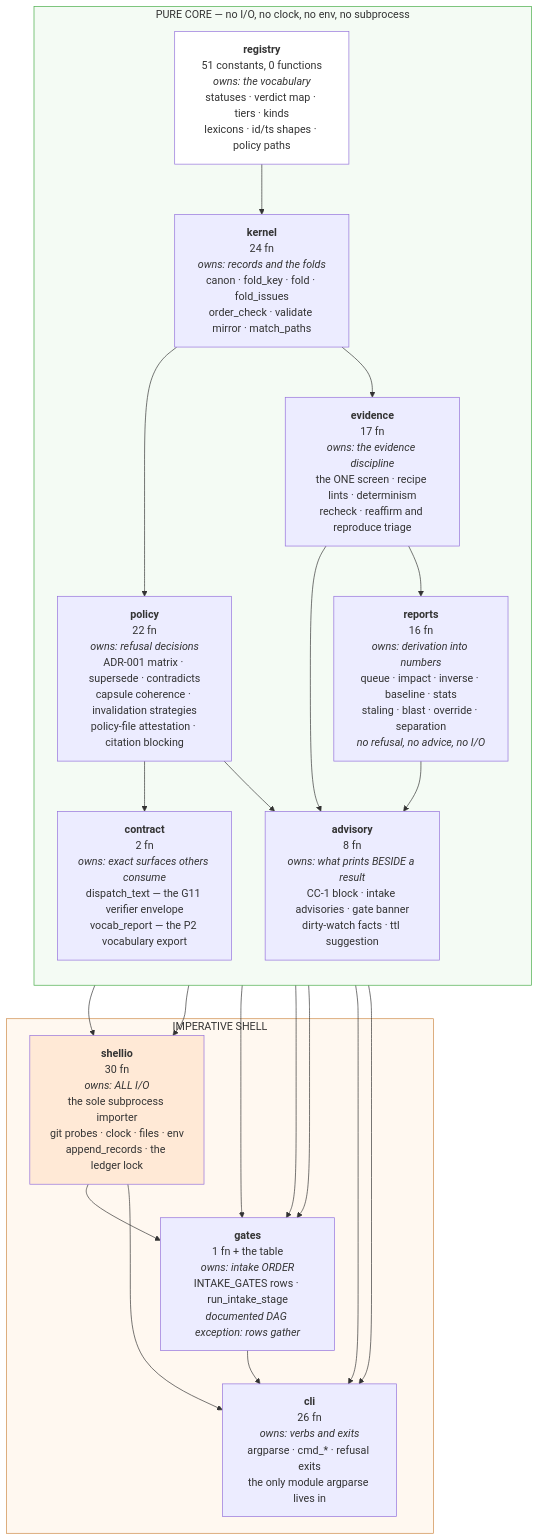
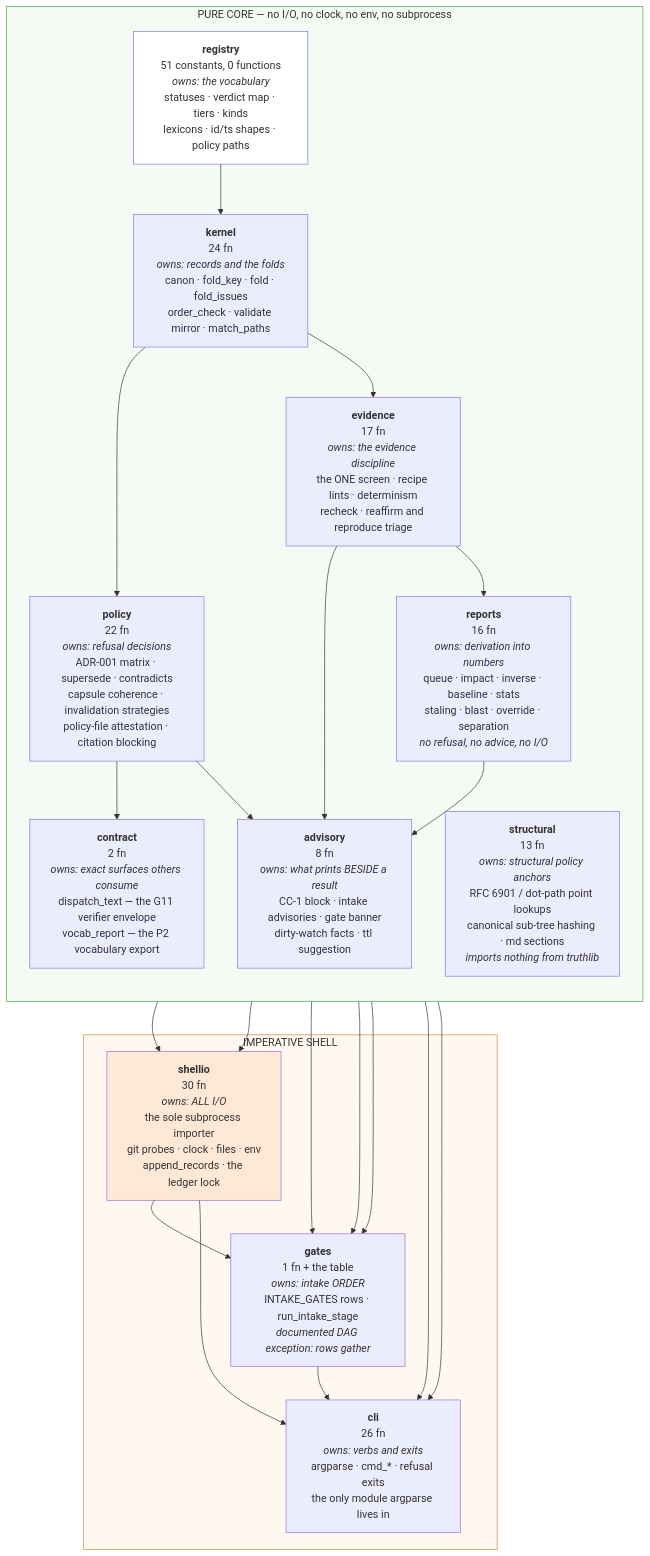
One commit to m1981/truth-ledger changed the first of 3 diagrams in template/docs/structure.md. Above: the diagram before and after it, drawn with Mermaid. The commit also changed 8 other files, not shown here.

````diff
--- a/template/docs/structure.md
+++ b/template/docs/structure.md
@@ -42,43 +42,44 @@
 ```mermaid
 flowchart TB
     subgraph PURE["PURE CORE — no I/O, no clock, no env, no subprocess"]
         direction TB
         REG["<b>registry</b><br/>51 constants, 0 functions<br/><i>owns: the vocabulary</i><br/>statuses · verdict map · tiers · kinds<br/>lexicons · id/ts shapes · policy paths"]
         KER["<b>kernel</b><br/>24 fn<br/><i>owns: records and the folds</i><br/>canon · fold_key · fold · fold_issues<br/>order_check · validate mirror · match_paths"]
         EVI["<b>evidence</b><br/>17 fn<br/><i>owns: the evidence discipline</i><br/>the ONE screen · recipe lints · determinism<br/>recheck · reaffirm and reproduce triage"]
         POL["<b>policy</b><br/>22 fn<br/><i>owns: refusal decisions</i><br/>ADR-001 matrix · supersede · contradicts<br/>capsule coherence · invalidation strategies<br/>policy-file attestation · citation blocking"]
         REP["<b>reports</b><br/>16 fn<br/><i>owns: derivation into numbers</i><br/>queue · impact · inverse · baseline · stats<br/>staling · blast · override · separation<br/><i>no refusal, no advice, no I/O</i>"]
         CON["<b>contract</b><br/>2 fn<br/><i>owns: exact surfaces others consume</i><br/>dispatch_text — the G11 verifier envelope<br/>vocab_report — the P2 vocabulary export"]
         ADV["<b>advisory</b><br/>8 fn<br/><i>owns: what prints BESIDE a result</i><br/>CC-1 block · intake advisories · gate banner<br/>dirty-watch facts · ttl suggestion"]
+        SEL["<b>structural</b><br/>13 fn<br/><i>owns: structural policy anchors</i><br/>RFC 6901 / dot-path point lookups<br/>canonical sub-tree hashing · md sections<br/><i>imports nothing from truthlib</i>"]
     end
 
     subgraph EDGE["IMPERATIVE SHELL"]
         SIO["<b>shellio</b><br/>30 fn<br/><i>owns: ALL I/O</i><br/>the sole subprocess importer<br/>git probes · clock · files · env<br/>append_records · the ledger lock"]
         GAT["<b>gates</b><br/>1 fn + the table<br/><i>owns: intake ORDER</i><br/>INTAKE_GATES rows · run_intake_stage<br/><i>documented DAG exception: rows gather</i>"]
         CLI["<b>cli</b><br/>26 fn<br/><i>owns: verbs and exits</i><br/>argparse · cmd_* · refusal exits<br/>the only module argparse lives in"]
     end
 
     REG --> KER
     KER --> EVI
     KER --> POL
     EVI --> REP
     POL --> CON
     REP --> ADV
     EVI --> ADV
     POL --> ADV
     KER --> SIO
     REG --> SIO
     POL --> GAT
     REP --> GAT
     EVI --> GAT
     SIO --> GAT
     ADV --> CLI
     CON --> CLI
     GAT --> CLI
     SIO --> CLI
 
     style PURE fill:#f4fbf4,stroke:#4a4
     style EDGE fill:#fff8f0,stroke:#c84
     style REG fill:#fff
     style SIO fill:#ffe9d6
 ```
````
